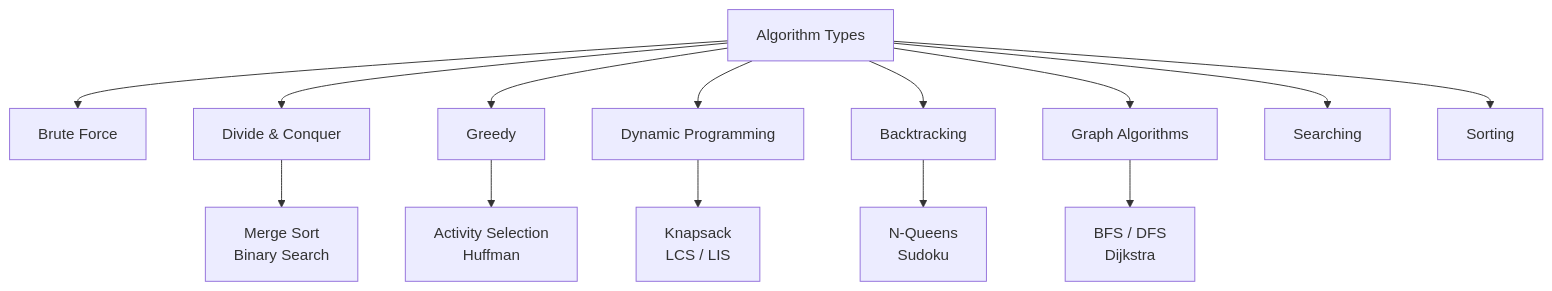
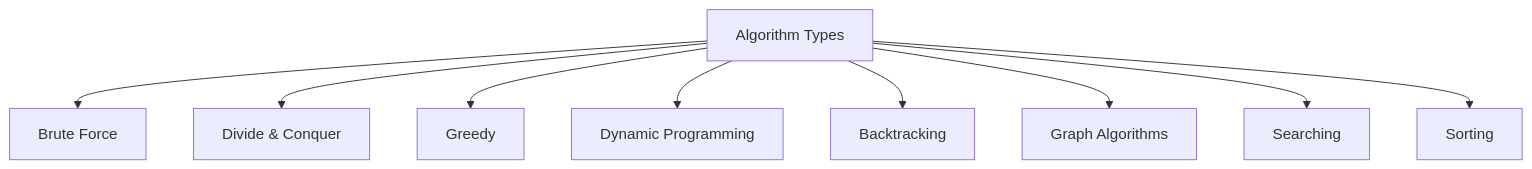
One commit to Kshitijgul/Notes changed the sixth of 12 diagrams in DSA/01-Introduction.md. Above: the diagram before and after it, drawn with Mermaid. The commit also changed other lines of this file and 1 other file, not shown here.

````diff
--- a/DSA/01-Introduction.md
+++ b/DSA/01-Introduction.md
@@ -516,17 +596,11 @@
 ```mermaid
 flowchart TD
     A[Algorithm Types] --> B[Brute Force]
     A --> C[Divide & Conquer]
     A --> D[Greedy]
     A --> E[Dynamic Programming]
     A --> F[Backtracking]
     A --> G[Graph Algorithms]
     A --> H[Searching]
     A --> I[Sorting]
-    
-    C --> C1[Merge Sort<br/>Binary Search]
-    D --> D1[Activity Selection<br/>Huffman]
-    E --> E1[Knapsack<br/>LCS / LIS]
-    F --> F1[N-Queens<br/>Sudoku]
-    G --> G1[BFS / DFS<br/>Dijkstra]
 ```
````
